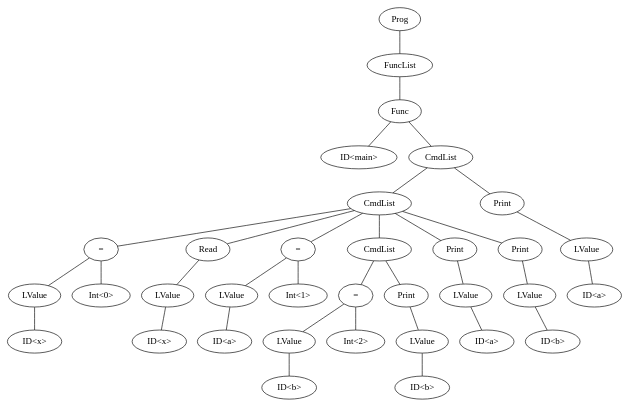
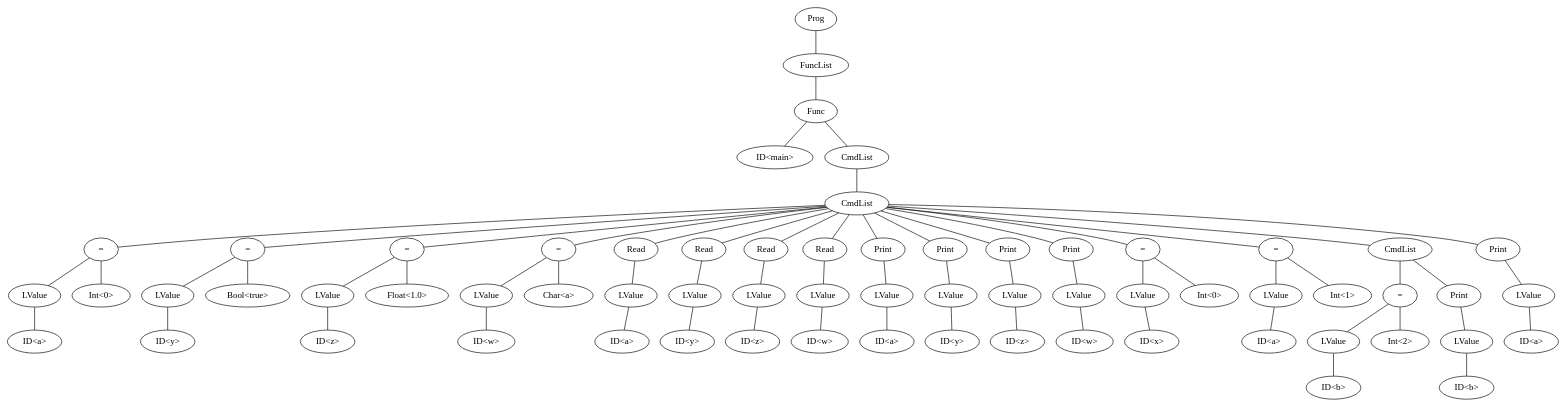
One commit to Patrick448/Trabalho-Compiladores changed the diagram in ast.dot. Above: the diagram before and after it, drawn with Graphviz. The commit also changed 4 other files, not shown here.

```diff
--- a/ast.dot
+++ b/ast.dot
@@ -1,69 +1,131 @@
 graph program {
-33 [label=Prog]
-33--32
-32 [label=FuncList]
-32--31
-31 [label="Func"]
-31--30
-30 [label="ID<main>"]
-31--26
-26 [label=CmdList]
-26--4
+64 [label=Prog]
+64--63
+63 [label=FuncList]
+63--62
+62 [label="Func"]
+62--61
+61 [label="ID<main>"]
+62--60
+60 [label=CmdList]
+60--4
 4 [label=CmdList]
 4--3
 3 [label= "="]
 3--1
 1 [label="LValue"]
 1--0
-0 [label="ID<x>"]
+0 [label="ID<a>"]
 3--2
 2 [label="Int<0>"]
-4--7
-7 [label="Read"]
-7--6
+4--8
+8 [label= "="]
+8--6
 6 [label="LValue"]
 6--5
-5 [label="ID<x>"]
-4--11
-11 [label= "="]
-11--9
-9 [label="LValue"]
-9--8
-8 [label="ID<a>"]
-11--10
-10 [label="Int<1>"]
+5 [label="ID<y>"]
+8--7
+7 [label="Bool<true>"]
+4--12
+12 [label= "="]
+12--10
+10 [label="LValue"]
+10--9
+9 [label="ID<z>"]
+12--11
+11 [label="Float<1.0>"]
 4--16
-16 [label=CmdList]
+16 [label= "="]
+16--14
+14 [label="LValue"]
+14--13
+13 [label="ID<w>"]
 16--15
-15 [label= "="]
-15--13
-13 [label="LValue"]
-13--12
-12 [label="ID<b>"]
-15--14
-14 [label="Int<2>"]
-16--19
-19 [label="Print"]
+15 [label="Char<a>"]
+4--19
+19 [label="Read"]
 19--18
 18 [label="LValue"]
 18--17
-17 [label="ID<b>"]
+17 [label="ID<a>"]
 4--22
-22 [label="Print"]
+22 [label="Read"]
 22--21
 21 [label="LValue"]
 21--20
-20 [label="ID<a>"]
+20 [label="ID<y>"]
 4--25
-25 [label="Print"]
+25 [label="Read"]
 25--24
 24 [label="LValue"]
 24--23
-23 [label="ID<b>"]
-26--29
-29 [label="Print"]
-29--28
-28 [label="LValue"]
+23 [label="ID<z>"]
+4--28
+28 [label="Read"]
 28--27
-27 [label="ID<a>"]
+27 [label="LValue"]
+27--26
+26 [label="ID<w>"]
+4--31
+31 [label="Print"]
+31--30
+30 [label="LValue"]
+30--29
+29 [label="ID<a>"]
+4--34
+34 [label="Print"]
+34--33
+33 [label="LValue"]
+33--32
+32 [label="ID<y>"]
+4--37
+37 [label="Print"]
+37--36
+36 [label="LValue"]
+36--35
+35 [label="ID<z>"]
+4--40
+40 [label="Print"]
+40--39
+39 [label="LValue"]
+39--38
+38 [label="ID<w>"]
+4--44
+44 [label= "="]
+44--42
+42 [label="LValue"]
+42--41
+41 [label="ID<x>"]
+44--43
+43 [label="Int<0>"]
+4--48
+48 [label= "="]
+48--46
+46 [label="LValue"]
+46--45
+45 [label="ID<a>"]
+48--47
+47 [label="Int<1>"]
+4--53
+53 [label=CmdList]
+53--52
+52 [label= "="]
+52--50
+50 [label="LValue"]
+50--49
+49 [label="ID<b>"]
+52--51
+51 [label="Int<2>"]
+53--56
+56 [label="Print"]
+56--55
+55 [label="LValue"]
+55--54
+54 [label="ID<b>"]
+4--59
+59 [label="Print"]
+59--58
+58 [label="LValue"]
+58--57
+57 [label="ID<a>"]
 }
```
